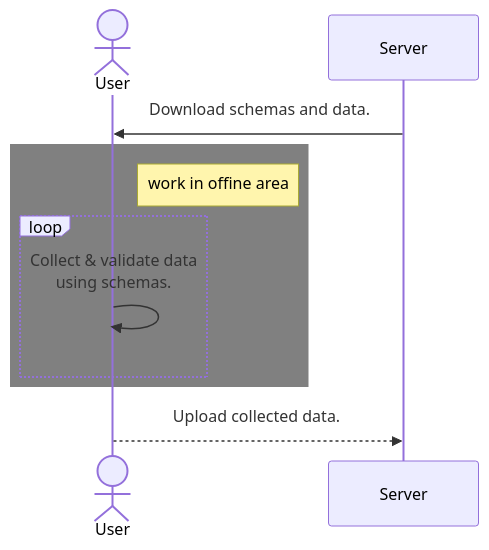
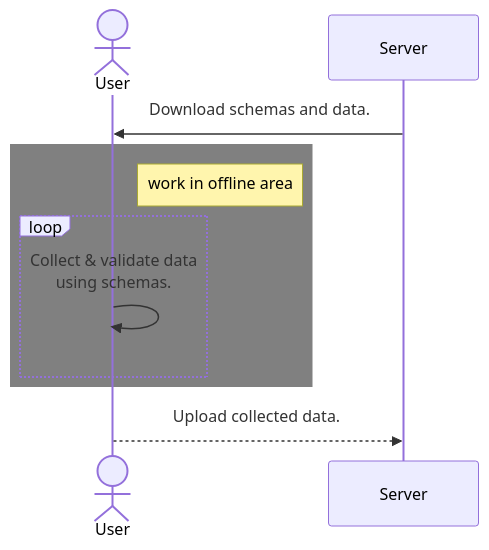
The first of 2 diagrams in README.md (telitas/EXTRACT_SCHEMA.PSM), drawn with Mermaid before and after one commit. The commit also changed other lines of this file and 1 other file, not shown here.

Commit message:
Fix typo in README

````diff
--- a/README.md
+++ b/README.md
@@ -30,14 +30,14 @@
 ```mermaid
 sequenceDiagram
     actor User
     participant Server
     Server ->> User: Download schemas and data.
     rect rgb(128, 128, 128)
-        note right of User: work in offine area
+        note right of User: work in offline area
         loop
             User ->> User: Collect & validate data <br>using schemas.
         end
     end
     User -->> Server: Upload collected data.
 
 ```
````
